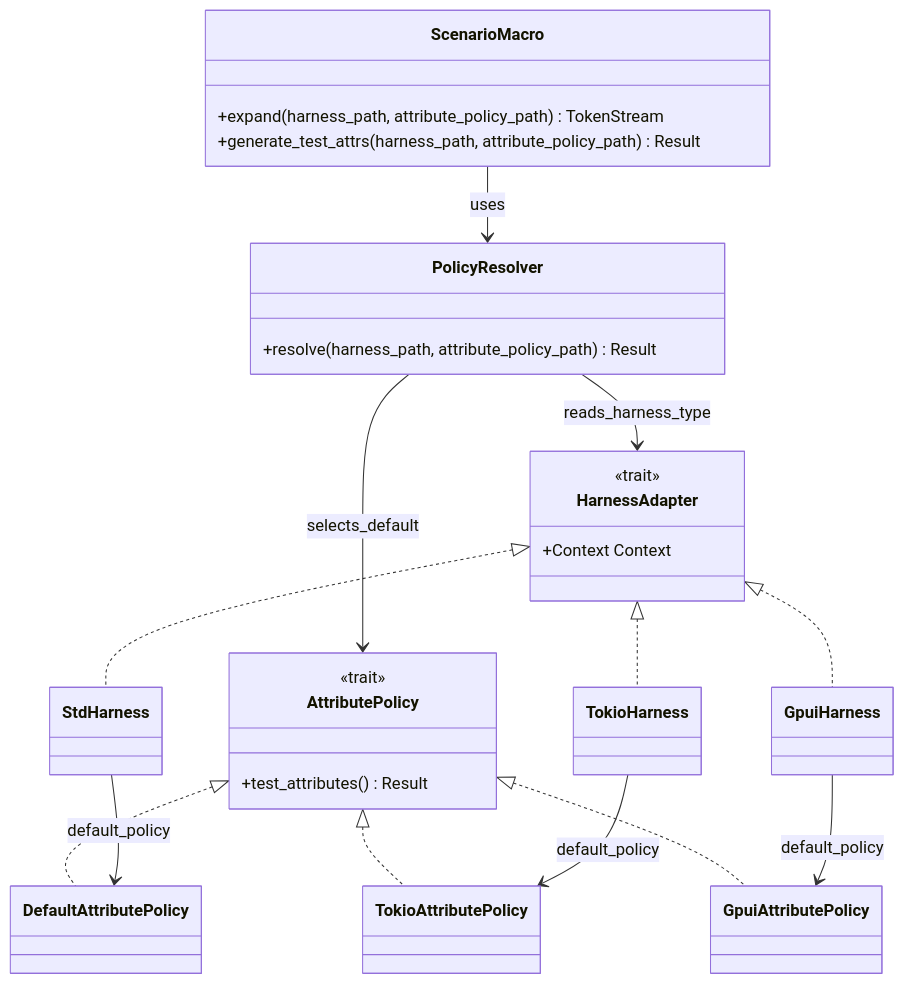
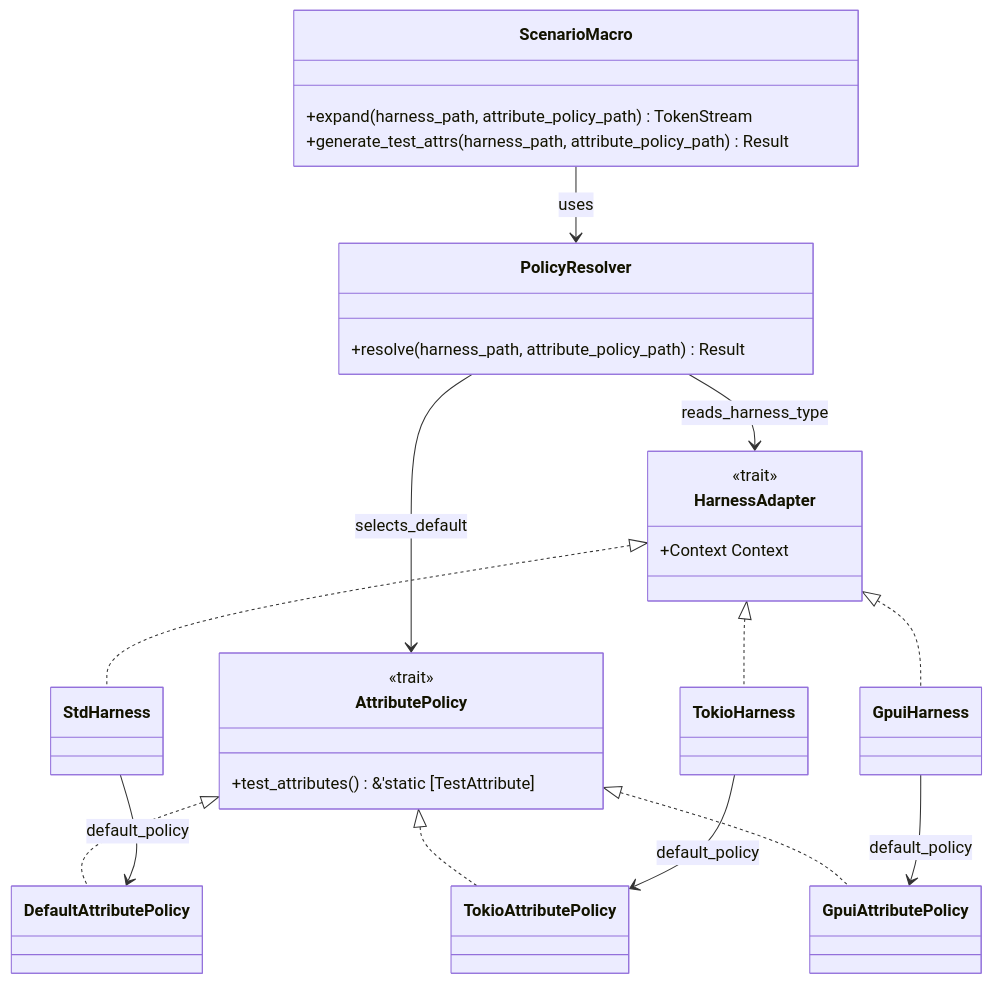
The diagram in docs/adr-008-harness-led-attribute-policy-defaults.md (leynos/rstest-bdd), drawn with Mermaid before and after one commit.

Commit message:
docs(adr): update doc type signature for test_attributes method
Changed the return type of test_attributes() from Result to &'static [TestAttribute] in the ADR document to correct the documented type signature.

````diff
--- a/docs/adr-008-harness-led-attribute-policy-defaults.md
+++ b/docs/adr-008-harness-led-attribute-policy-defaults.md
@@ -171,53 +171,53 @@
 ```mermaid
 classDiagram
 
 class HarnessAdapter {
   <<trait>>
   +Context Context
 }
 
 class AttributePolicy {
   <<trait>>
-  +test_attributes() Result
+  +test_attributes() &'static [TestAttribute]
 }
 
 class StdHarness {
 }
 class TokioHarness {
 }
 class GpuiHarness {
 }
 
 class DefaultAttributePolicy {
 }
 class TokioAttributePolicy {
 }
 class GpuiAttributePolicy {
 }
 
 class PolicyResolver {
   +resolve(harness_path, attribute_policy_path) Result
 }
 
 class ScenarioMacro {
   +expand(harness_path, attribute_policy_path) TokenStream
   +generate_test_attrs(harness_path, attribute_policy_path) Result
 }
 
 HarnessAdapter <|.. StdHarness
 HarnessAdapter <|.. TokioHarness
 HarnessAdapter <|.. GpuiHarness
 
 AttributePolicy <|.. DefaultAttributePolicy
 AttributePolicy <|.. TokioAttributePolicy
 AttributePolicy <|.. GpuiAttributePolicy
 
 ScenarioMacro --> PolicyResolver : uses
 
 PolicyResolver --> AttributePolicy : selects_default
 PolicyResolver --> HarnessAdapter : reads_harness_type
 
 StdHarness --> DefaultAttributePolicy : default_policy
 TokioHarness --> TokioAttributePolicy : default_policy
 GpuiHarness --> GpuiAttributePolicy : default_policy
 ```
````
